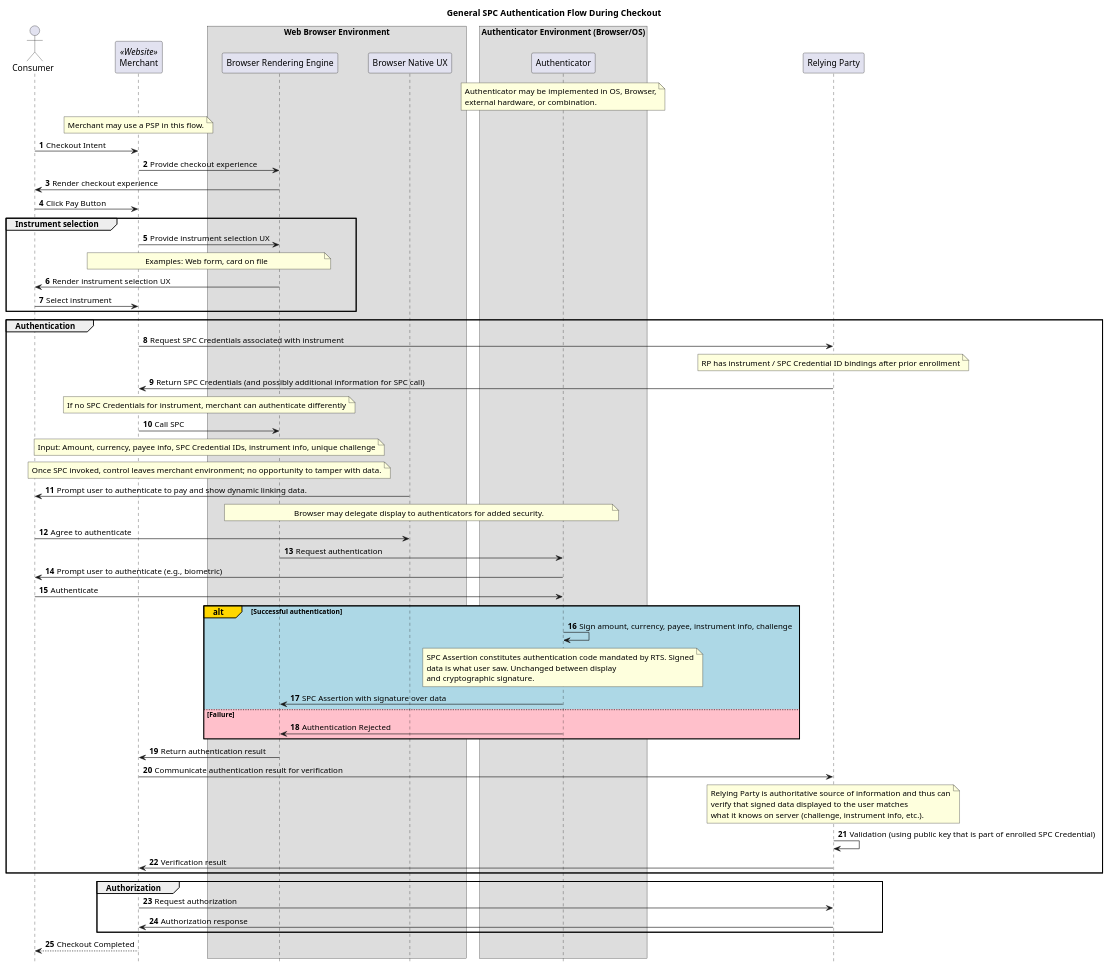
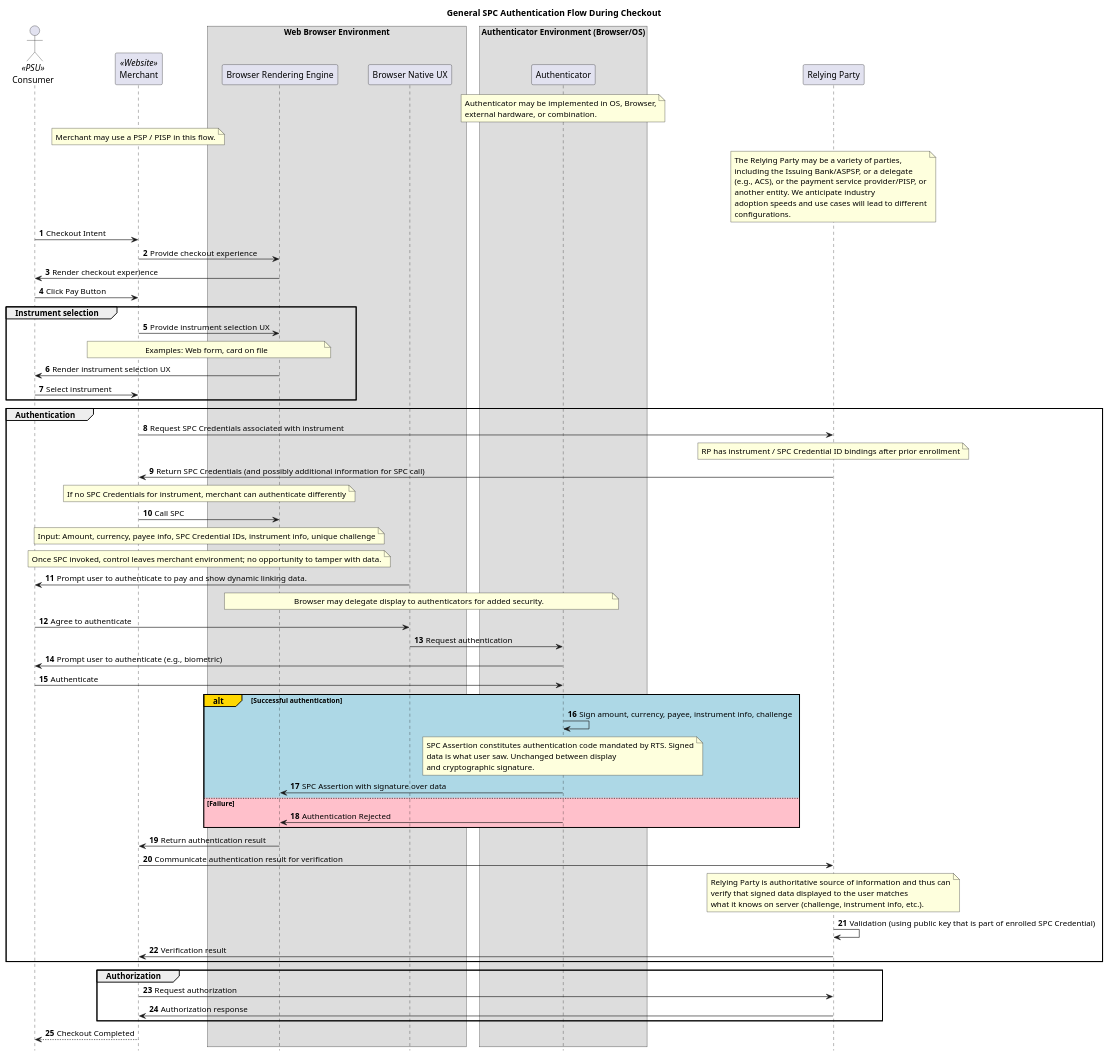
The diagram in spc-general.puml (w3c/wpsig), drawn with PlantUML before and after one commit. The commit also changed 2 other files, not shown here.

```diff
--- a/spc-general.puml
+++ b/spc-general.puml
@@ -1,95 +1,103 @@
 @startuml
 
 autonumber
 hide footbox
 skinparam ParticipantPadding 20
 skinparam BoxPadding 10
 
 title General SPC Authentication Flow During Checkout
 
-actor Consumer as Consumer
+actor Consumer as Consumer <<PSU>>
 participant Merchant as Merchant <<Website>>
 
 box "Web Browser Environment"
   participant "Browser Rendering Engine" as Browser
   participant "Browser Native UX" as Native
 end box
 
 box "Authenticator Environment (Browser/OS)"
   participant "Authenticator"
 end box
 
 participant "Relying Party" as RP
 
 note over Authenticator
   Authenticator may be implemented in OS, Browser,
   external hardware, or combination.
 end note
 
 note over Merchant
-  Merchant may use a PSP in this flow.
+  Merchant may use a PSP / PISP in this flow.
+end note
+note over RP
+  The Relying Party may be a variety of parties,
+  including the Issuing Bank/ASPSP, or a delegate
+  (e.g., ACS), or the payment service provider/PISP, or
+  another entity. We anticipate industry
+  adoption speeds and use cases will lead to different
+  configurations.
 end note
 Consumer->Merchant: Checkout Intent
 Merchant->Browser: Provide checkout experience
 Browser->Consumer: Render checkout experience
 Consumer->Merchant: Click Pay Button
 group Instrument selection
 Merchant->Browser: Provide instrument selection UX
 note over Merchant, Browser
   Examples: Web form, card on file
 end note
 Browser->Consumer: Render instrument selection UX
 Consumer->Merchant: Select instrument
 end group
 group Authentication
 Merchant->RP: Request SPC Credentials associated with instrument
 note over RP
   RP has instrument / SPC Credential ID bindings after prior enrollment
 end note
 RP->Merchant: Return SPC Credentials (and possibly additional information for SPC call)
 note over Merchant, Browser
   If no SPC Credentials for instrument, merchant can authenticate differently
 end note
 Merchant->Browser: Call SPC
 note over Merchant, Browser
   Input: Amount, currency, payee info, SPC Credential IDs, instrument info, unique challenge
 end note
 note over Merchant, Browser
   Once SPC invoked, control leaves merchant environment; no opportunity to tamper with data.
 end note
 Native->Consumer: Prompt user to authenticate to pay and show dynamic linking data.
 note over Browser, Authenticator
   Browser may delegate display to authenticators for added security.
 end note
 Consumer->Native: Agree to authenticate
-Browser->Authenticator: Request authentication
+Native->Authenticator: Request authentication
 Authenticator->Consumer: Prompt user to authenticate (e.g., biometric)
 Consumer->Authenticator: Authenticate
 alt#Gold #LightBlue Successful authentication
     Authenticator->Authenticator: Sign amount, currency, payee, instrument info, challenge
     note over Authenticator
        SPC Assertion constitutes authentication code mandated by RTS. Signed
        data is what user saw. Unchanged between display
        and cryptographic signature.
     end note
     Authenticator -> Browser: SPC Assertion with signature over data
 else #Pink Failure
     Authenticator -> Browser: Authentication Rejected
 end
 Browser->Merchant: Return authentication result
 Merchant->RP: Communicate authentication result for verification
 note over RP
   Relying Party is authoritative source of information and thus can
   verify that signed data displayed to the user matches
   what it knows on server (challenge, instrument info, etc.).
 end note
 RP->RP: Validation (using public key that is part of enrolled SPC Credential)
 Merchant<-RP: Verification result
 end group
 group Authorization
 Merchant->RP: Request authorization
 RP->Merchant: Authorization response
 end group
 Merchant-->Consumer: Checkout Completed
 
 @enduml
```
